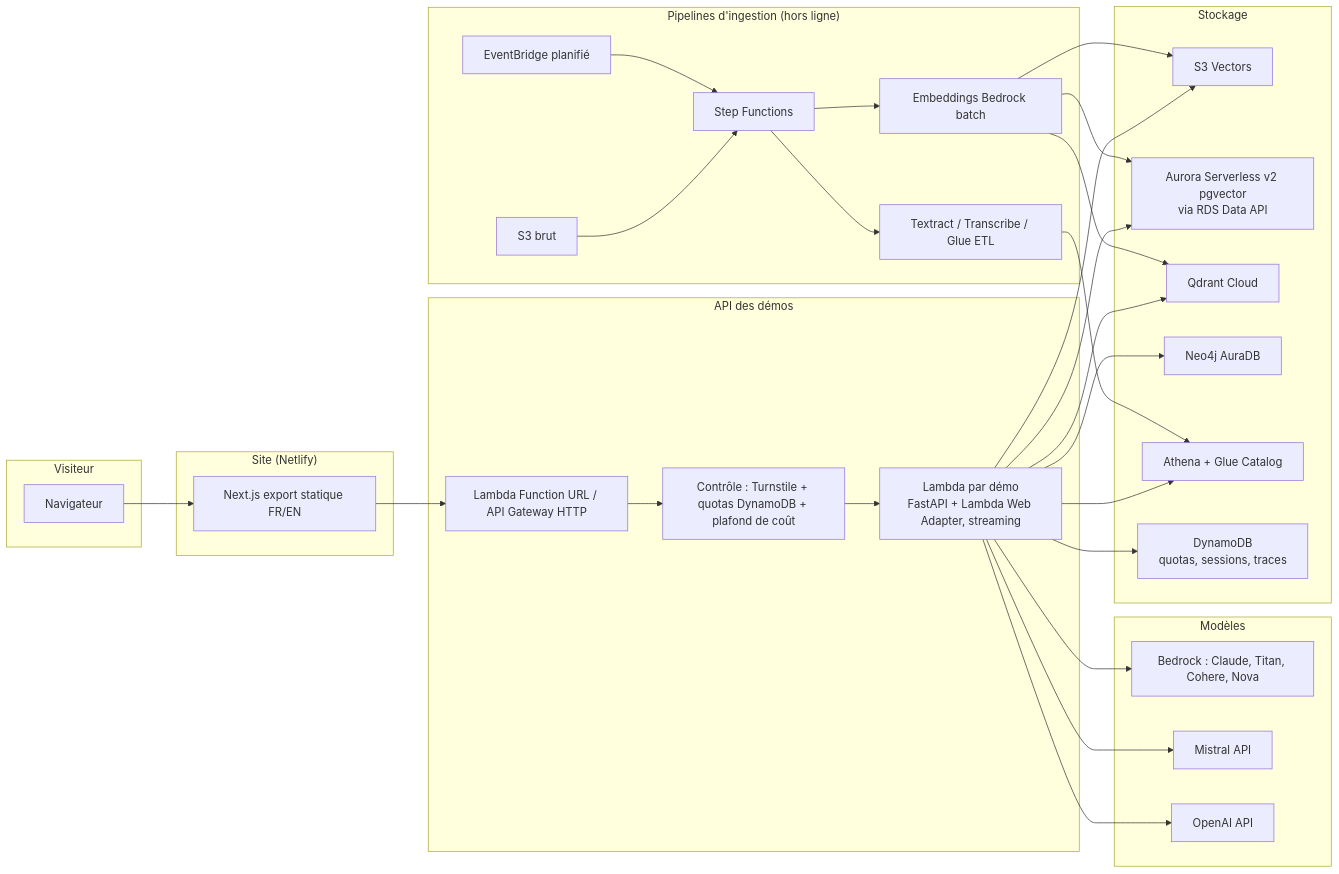
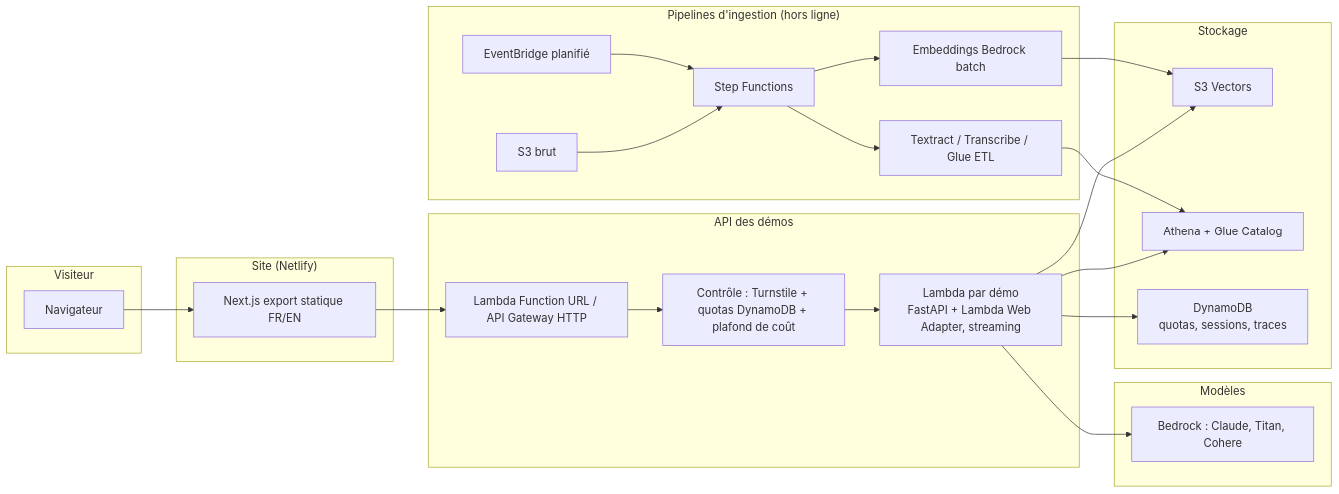
Before and after one commit to ThomasBruniquel/rag-demos: the diagram in docs/03-architecture.md, drawn with Mermaid. The commit also changed other lines of this file and 126 other files, not shown here.

````diff
--- a/docs/03-architecture.md
+++ b/docs/03-architecture.md
@@ -13,38 +63,33 @@
 ```mermaid
 flowchart LR
     subgraph Visiteur
         B[Navigateur]
     end
     subgraph Front["Site (Netlify)"]
         N[Next.js export statique FR/EN]
     end
     subgraph API["API des démos"]
         G[Lambda Function URL / API Gateway HTTP]
         Q[Contrôle : Turnstile + quotas DynamoDB + plafond de coût]
         L[Lambda par démo<br/>FastAPI + Lambda Web Adapter, streaming]
     end
     subgraph Donnees["Stockage"]
         SV[S3 Vectors]
-        PG[Aurora Serverless v2 pgvector<br/>via RDS Data API]
-        QD[Qdrant Cloud]
-        NJ[Neo4j AuraDB]
         AT[Athena + Glue Catalog]
         DDB[DynamoDB<br/>quotas, sessions, traces]
     end
     subgraph LLM["Modèles"]
-        BR[Bedrock : Claude, Titan, Cohere, Nova]
-        MI[Mistral API]
-        OA[OpenAI API]
+        BR[Bedrock : Claude, Titan, Cohere]
     end
     subgraph Ingestion["Pipelines d'ingestion (hors ligne)"]
         S3R[S3 brut] --> SF[Step Functions]
         SF --> TX[Textract / Transcribe / Glue ETL]
         SF --> EMB[Embeddings Bedrock batch]
         EB[EventBridge planifié] --> SF
     end
     B --> N --> G --> Q --> L
-    L --> SV & PG & QD & NJ & AT & DDB
-    L --> BR & MI & OA
-    EMB --> SV & PG & QD
+    L --> SV & AT & DDB
+    L --> BR
+    EMB --> SV
     TX --> AT
 ```
````
